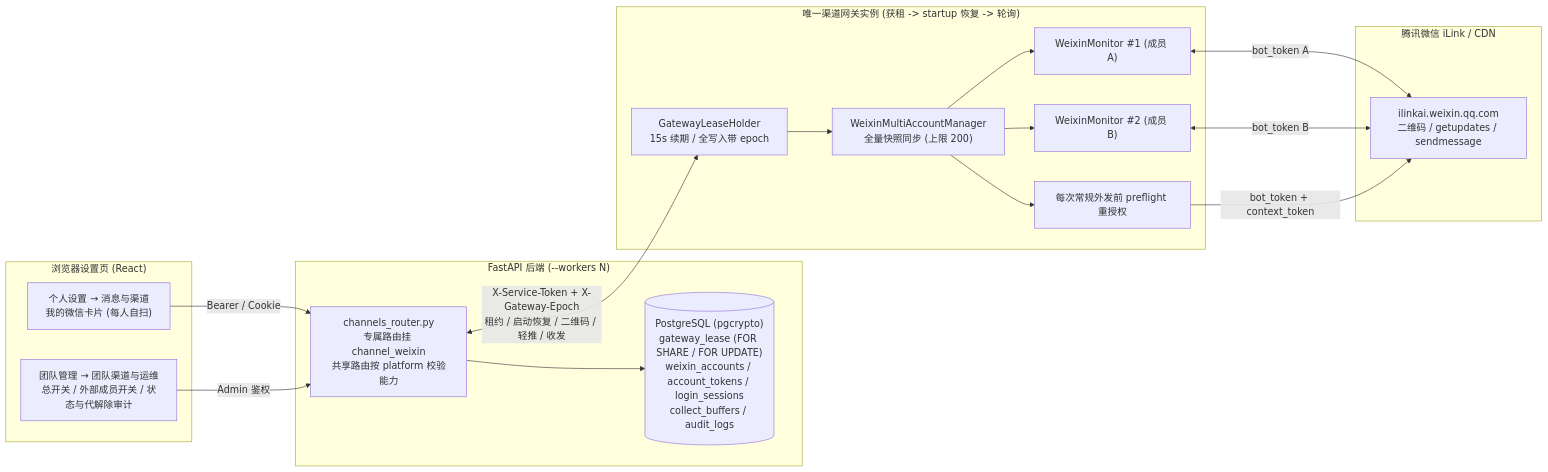
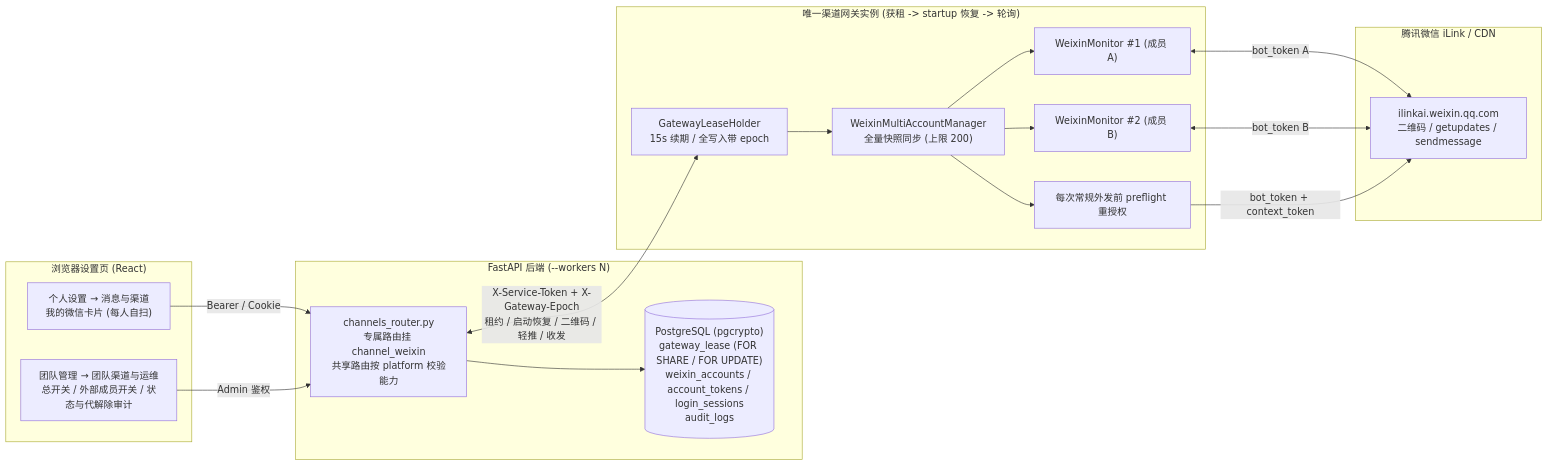
Before and after one commit to everflowinv/dalton-langalpha: the diagram in docs/dalton/features/weixin-multi-account.md, drawn with Mermaid. The commit also changed other lines of this file and 18 other files, not shown here.

Commit message:
wip(weixin): batch A r11 (collection mode removed; platform from the thread's own records; failed re-claim lock order; unknown guard; caller timeouts above gateway retry cap; health checks with token)

````diff
--- a/docs/dalton/features/weixin-multi-account.md
+++ b/docs/dalton/features/weixin-multi-account.md
@@ -42,36 +42,36 @@
 ```mermaid
 flowchart LR
     subgraph Browser["浏览器设置页 (React)"]
         MemberUI["个人设置 → 消息与渠道<br/>我的微信卡片 (每人自扫)"]
         AdminUI["团队管理 → 团队渠道与运维<br/>总开关 / 外部成员开关 / 状态与代解除审计"]
     end
 
     subgraph Backend["FastAPI 后端 (--workers N)"]
         Router["channels_router.py<br/>专属路由挂 channel_weixin<br/>共享路由按 platform 校验能力"]
-        DB[("PostgreSQL (pgcrypto)<br/>gateway_lease (FOR SHARE / FOR UPDATE)<br/>weixin_accounts / account_tokens / login_sessions<br/>collect_buffers / audit_logs")]
+        DB[("PostgreSQL (pgcrypto)<br/>gateway_lease (FOR SHARE / FOR UPDATE)<br/>weixin_accounts / account_tokens / login_sessions<br/>audit_logs")]
         Router --> DB
     end
 
     subgraph Gateway["唯一渠道网关实例 (获租 -> startup 恢复 -> 轮询)"]
         Lease["GatewayLeaseHolder<br/>15s 续期 / 全写入带 epoch"]
         Mgr["WeixinMultiAccountManager<br/>全量快照同步 (上限 200)"]
         M1["WeixinMonitor #1 (成员 A)"]
         M2["WeixinMonitor #2 (成员 B)"]
         Send["每次常规外发前 preflight 重授权"]
         Lease --> Mgr
         Mgr --> M1
         Mgr --> M2
         Mgr --> Send
     end
 
     subgraph WeChat["腾讯微信 iLink / CDN"]
         ILink["ilinkai.weixin.qq.com<br/>二维码 / getupdates / sendmessage"]
     end
 
     MemberUI -->|"Bearer / Cookie"| Router
     AdminUI -->|"Admin 鉴权"| Router
     Router <-->|"X-Service-Token + X-Gateway-Epoch<br/>租约 / 启动恢复 / 二维码 / 轻推 / 收发"| Lease
     M1 <-->|"bot_token A"| ILink
     M2 <-->|"bot_token B"| ILink
     Send -->|"bot_token + context_token"| ILink
 ```
````
